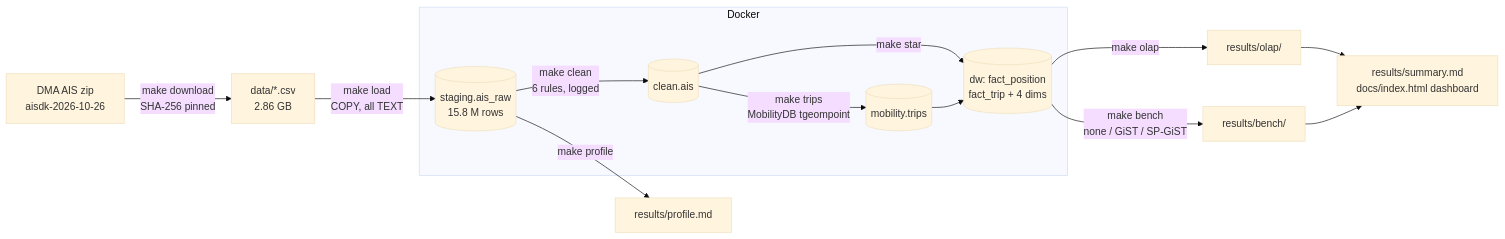
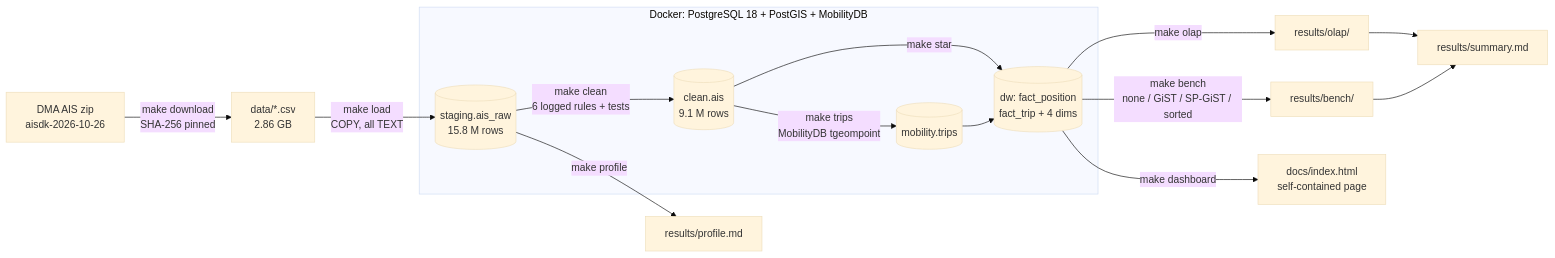
Before and after one commit to Alimoiez22/ais-mobility-warehouse: the diagram in README.md, drawn with Mermaid (base theme). The commit also changed other lines of this file and 7 other files, not shown here.

````diff
--- a/README.md
+++ b/README.md
@@ -17,20 +30,21 @@
 ```mermaid
 flowchart LR
     A[DMA AIS zip<br/>aisdk-2026-10-26] -->|make download<br/>SHA-256 pinned| B[data/*.csv<br/>2.86 GB]
     B -->|make load<br/>COPY, all TEXT| C[(staging.ais_raw<br/>15.8 M rows)]
     C -->|make profile| P[results/profile.md]
-    C -->|make clean<br/>6 rules, logged| D[(clean.ais)]
+    C -->|make clean<br/>6 logged rules + tests| D[(clean.ais<br/>9.1 M rows)]
     D -->|make trips<br/>MobilityDB tgeompoint| E[(mobility.trips)]
     D -->|make star| F[(dw: fact_position<br/>fact_trip + 4 dims)]
     E --> F
     F -->|make olap| G[results/olap/]
-    F -->|make bench<br/>none / GiST / SP-GiST| H[results/bench/]
-    G --> S[results/summary.md<br/>docs/index.html dashboard]
+    F -->|make bench<br/>none / GiST / SP-GiST / sorted| H[results/bench/]
+    G --> S[results/summary.md]
     H --> S
-    subgraph Docker
+    F -->|make dashboard| W[docs/index.html<br/>self-contained page]
+    subgraph Docker: PostgreSQL 18 + PostGIS + MobilityDB
         C
         D
         E
         F
     end
 ```
````
